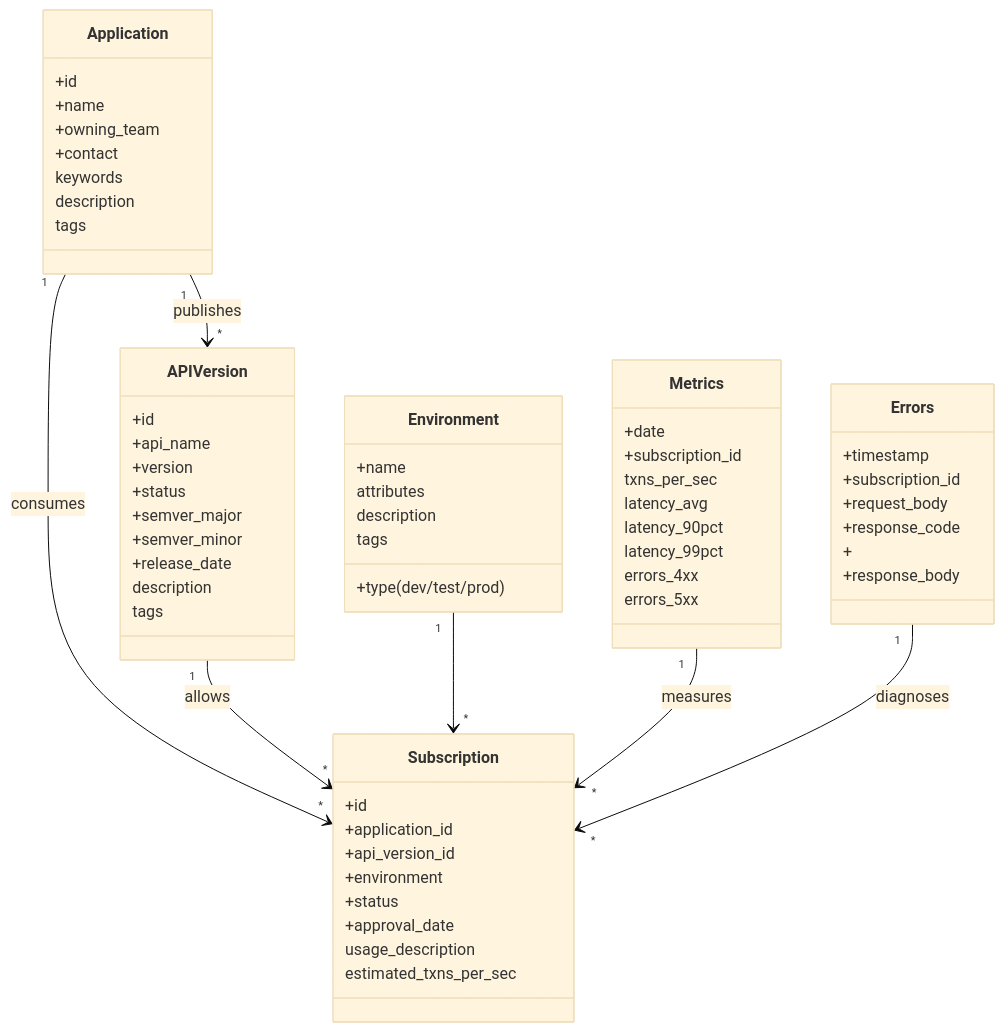
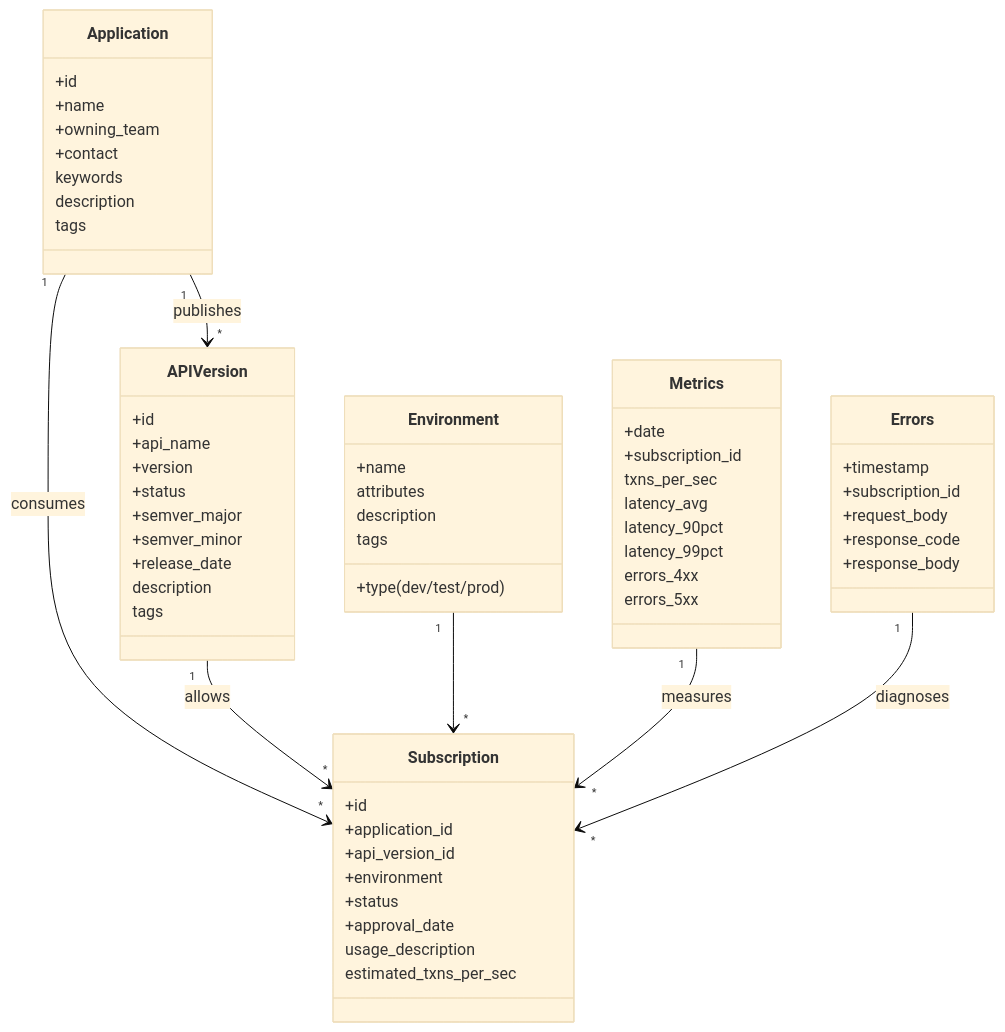
The second of 8 diagrams in technical-design.md (barbecuesteve/api-governance), drawn with Mermaid (base theme) before and after one commit. The commit also changed other lines of this file, not shown here.

````diff
--- a/technical-design.md
+++ b/technical-design.md
@@ -70,70 +70,69 @@
 ```mermaid
 classDiagram
     class Application {
         +id
         +name
         +owning_team
         +contact
         keywords
         description
         tags
     }
 
     class APIVersion {
         +id
         +api_name
         +version
         +status
         +semver_major
         +semver_minor
         +release_date
         description
         tags
     }
 
     class Environment {
         +name
         +type(dev/test/prod)
         attributes
         description
         tags
     }
 
     class Subscription {
         +id
         +application_id
         +api_version_id
         +environment
         +status
         +approval_date
         usage_description
         estimated_txns_per_sec
     }
 
     class Metrics {
         +date
         +subscription_id
         txns_per_sec
         latency_avg
         latency_90pct
         latency_99pct
         errors_4xx
         errors_5xx
     }
 
     class Errors {
         +timestamp
         +subscription_id
         +request_body
         +response_code
-        +
         +response_body
     }
 
     Application "1" --> "*" Subscription : consumes
     APIVersion "1" --> "*" Subscription : allows
     Application "1" --> "*" APIVersion : publishes
     Environment "1" --> "*" Subscription 
     Metrics "1" --> "*" Subscription : measures
     Errors "1" --> "*" Subscription : diagnoses
 ```
````
